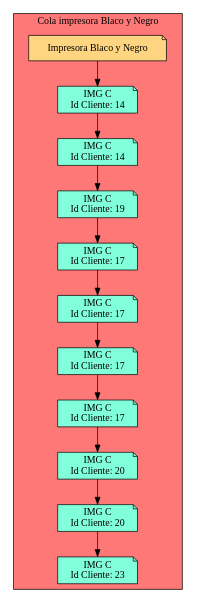
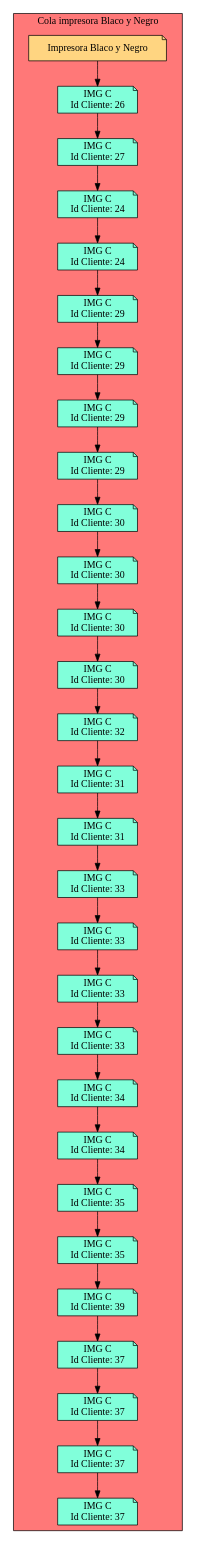
The diagram in Cola_Print_bw.dot (Serch-ING/EDD_UDRAWING_202000119), drawn with Graphviz before and after one commit. The commit also changed 15 other files, not shown here.

```diff
--- a/Cola_Print_bw.dot
+++ b/Cola_Print_bw.dot
@@ -1,45 +1,117 @@
 digraph L {
 node[shape=note fillcolor="#A181FF" style =filled]
 subgraph cluster_p{
     label= " Cola impresora Blaco y Negro "
  raiz[label = "Impresora Blaco y Negro" fillcolor="#FFD581" ]    bgcolor = "#FF7878"
-Nodo1083962448[label="IMG C 
-Id Cliente: 14",fillcolor="#81FFDA"]
-Nodo953742666[label="IMG C 
-Id Cliente: 14",fillcolor="#81FFDA"]
-Nodo1223867739[label="IMG C 
-Id Cliente: 19",fillcolor="#81FFDA"]
-Nodo129153987[label="IMG C 
-Id Cliente: 17",fillcolor="#81FFDA"]
-Nodo168907708[label="IMG C 
-Id Cliente: 17",fillcolor="#81FFDA"]
-Nodo447718425[label="IMG C 
-Id Cliente: 17",fillcolor="#81FFDA"]
-Nodo1206569586[label="IMG C 
-Id Cliente: 17",fillcolor="#81FFDA"]
-Nodo869601985[label="IMG C 
-Id Cliente: 20",fillcolor="#81FFDA"]
-Nodo1365008457[label="IMG C 
-Id Cliente: 20",fillcolor="#81FFDA"]
-Nodo678433396[label="IMG C 
-Id Cliente: 23",fillcolor="#81FFDA"]
+Nodo543846639[label="IMG C 
+Id Cliente: 26",fillcolor="#81FFDA"]
+Nodo1084502906[label="IMG C 
+Id Cliente: 27",fillcolor="#81FFDA"]
+Nodo1613095350[label="IMG C 
+Id Cliente: 24",fillcolor="#81FFDA"]
+Nodo587153993[label="IMG C 
+Id Cliente: 24",fillcolor="#81FFDA"]
+Nodo1199262943[label="IMG C 
+Id Cliente: 29",fillcolor="#81FFDA"]
+Nodo2009221452[label="IMG C 
+Id Cliente: 29",fillcolor="#81FFDA"]
+Nodo257513673[label="IMG C 
+Id Cliente: 29",fillcolor="#81FFDA"]
+Nodo590845366[label="IMG C 
+Id Cliente: 29",fillcolor="#81FFDA"]
+Nodo164974746[label="IMG C 
+Id Cliente: 30",fillcolor="#81FFDA"]
+Nodo396283472[label="IMG C 
+Id Cliente: 30",fillcolor="#81FFDA"]
+Nodo989892772[label="IMG C 
+Id Cliente: 30",fillcolor="#81FFDA"]
+Nodo1020520290[label="IMG C 
+Id Cliente: 30",fillcolor="#81FFDA"]
+Nodo442987331[label="IMG C 
+Id Cliente: 32",fillcolor="#81FFDA"]
+Nodo1026055550[label="IMG C 
+Id Cliente: 31",fillcolor="#81FFDA"]
+Nodo1073763441[label="IMG C 
+Id Cliente: 31",fillcolor="#81FFDA"]
+Nodo2056031695[label="IMG C 
+Id Cliente: 33",fillcolor="#81FFDA"]
+Nodo606508809[label="IMG C 
+Id Cliente: 33",fillcolor="#81FFDA"]
+Nodo718187988[label="IMG C 
+Id Cliente: 33",fillcolor="#81FFDA"]
+Nodo615438348[label="IMG C 
+Id Cliente: 33",fillcolor="#81FFDA"]
+Nodo1414506856[label="IMG C 
+Id Cliente: 34",fillcolor="#81FFDA"]
+Nodo612097453[label="IMG C 
+Id Cliente: 34",fillcolor="#81FFDA"]
+Nodo770947228[label="IMG C 
+Id Cliente: 35",fillcolor="#81FFDA"]
+Nodo590646109[label="IMG C 
+Id Cliente: 35",fillcolor="#81FFDA"]
+Nodo1233705144[label="IMG C 
+Id Cliente: 39",fillcolor="#81FFDA"]
+Nodo202125197[label="IMG C 
+Id Cliente: 37",fillcolor="#81FFDA"]
+Nodo811301908[label="IMG C 
+Id Cliente: 37",fillcolor="#81FFDA"]
+Nodo1762902523[label="IMG C 
+Id Cliente: 37",fillcolor="#81FFDA"]
+Nodo1725008249[label="IMG C 
+Id Cliente: 37",fillcolor="#81FFDA"]
 
-raiz->Nodo1083962448
-Nodo1083962448 -> Nodo953742666
+raiz->Nodo543846639
+Nodo543846639 -> Nodo1084502906
 
-Nodo953742666 -> Nodo1223867739
+Nodo1084502906 -> Nodo1613095350
 
-Nodo1223867739 -> Nodo129153987
+Nodo1613095350 -> Nodo587153993
 
-Nodo129153987 -> Nodo168907708
+Nodo587153993 -> Nodo1199262943
 
-Nodo168907708 -> Nodo447718425
+Nodo1199262943 -> Nodo2009221452
 
-Nodo447718425 -> Nodo1206569586
+Nodo2009221452 -> Nodo257513673
 
-Nodo1206569586 -> Nodo869601985
+Nodo257513673 -> Nodo590845366
 
-Nodo869601985 -> Nodo1365008457
+Nodo590845366 -> Nodo164974746
 
-Nodo1365008457 -> Nodo678433396
+Nodo164974746 -> Nodo396283472
+
+Nodo396283472 -> Nodo989892772
+
+Nodo989892772 -> Nodo1020520290
+
+Nodo1020520290 -> Nodo442987331
+
+Nodo442987331 -> Nodo1026055550
+
+Nodo1026055550 -> Nodo1073763441
+
+Nodo1073763441 -> Nodo2056031695
+
+Nodo2056031695 -> Nodo606508809
+
+Nodo606508809 -> Nodo718187988
+
+Nodo718187988 -> Nodo615438348
+
+Nodo615438348 -> Nodo1414506856
+
+Nodo1414506856 -> Nodo612097453
+
+Nodo612097453 -> Nodo770947228
+
+Nodo770947228 -> Nodo590646109
+
+Nodo590646109 -> Nodo1233705144
+
+Nodo1233705144 -> Nodo202125197
+
+Nodo202125197 -> Nodo811301908
+
+Nodo811301908 -> Nodo1762902523
+
+Nodo1762902523 -> Nodo1725008249
 }}
```
